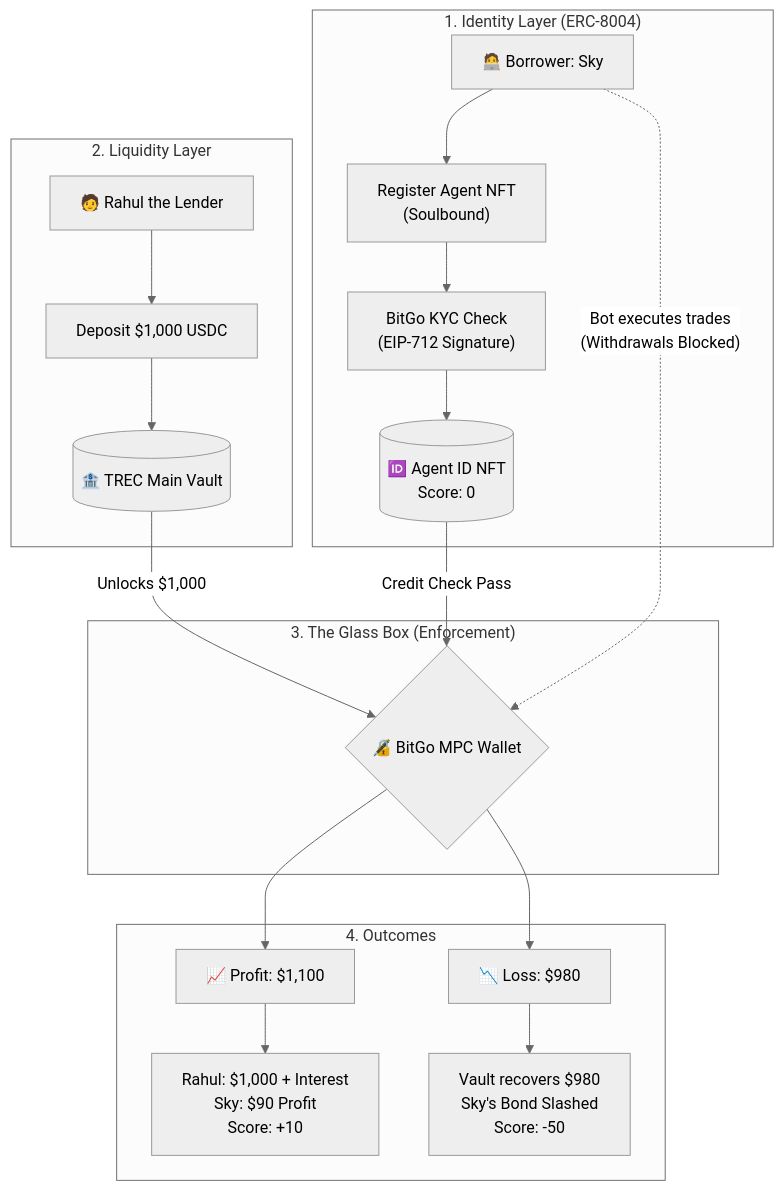
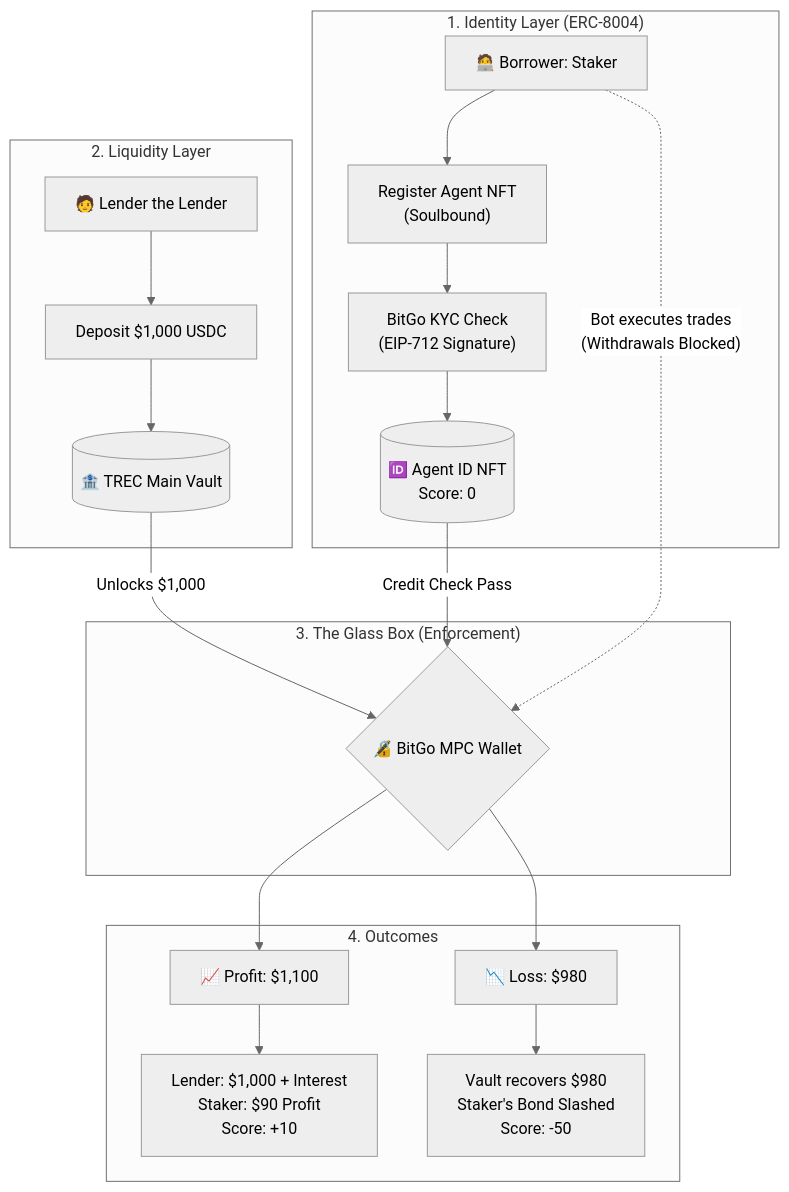
Before and after one commit to TRECC-eth/smart-contract: the diagram in README.md, drawn with Mermaid (neutral theme). The commit also changed other lines of this file, not shown here.

````diff
--- a/README.md
+++ b/README.md
@@ -11,28 +11,28 @@
 ```mermaid
 flowchart TD
     subgraph Identity ["1. Identity Layer (ERC-8004)"]
-        Sky[🧑‍💻 Borrower: Sky] --> Register["Register Agent NFT<br>(Soulbound)"]
+        Staker[🧑‍💻 Borrower: Staker] --> Register["Register Agent NFT<br>(Soulbound)"]
         Register --> KYC["BitGo KYC Check<br>(EIP-712 Signature)"]
         KYC --> NFT[("🆔 Agent ID NFT<br>Score: 0")]
     end
 
     subgraph Escrow ["2. Liquidity Layer"]
-        Rahul[🧑 Rahul the Lender] --> Deposit["Deposit $1,000 USDC"]
+        Lender[🧑 Lender the Lender] --> Deposit["Deposit $1,000 USDC"]
         Deposit --> Vault[(🏦 TREC Main Vault)]
     end
 
     subgraph Execution ["3. The Glass Box (Enforcement)"]
         Vault -- "Unlocks $1,000" --> GlassBox{"🔏 BitGo MPC Wallet"}
         NFT -- "Credit Check Pass" --> GlassBox
-        Sky -. "Bot executes trades<br>(Withdrawals Blocked)" .-> GlassBox
+        Staker -. "Bot executes trades<br>(Withdrawals Blocked)" .-> GlassBox
     end
 
     subgraph Settlement ["4. Outcomes"]
         GlassBox --> Win["📈 Profit: $1,100"]
         GlassBox --> Lose["📉 Loss: $980"]
         
-        Win --> Payout1["Rahul: $1,000 + Interest<br>Sky: $90 Profit<br>Score: +10"]
-        Lose --> Payout2["Vault recovers $980<br>Sky's Bond Slashed<br>Score: -50"]
+        Win --> Payout1["Lender: $1,000 + Interest<br>Staker: $90 Profit<br>Score: +10"]
+        Lose --> Payout2["Vault recovers $980<br>Staker's Bond Slashed<br>Score: -50"]
     end
 
 ```
````
